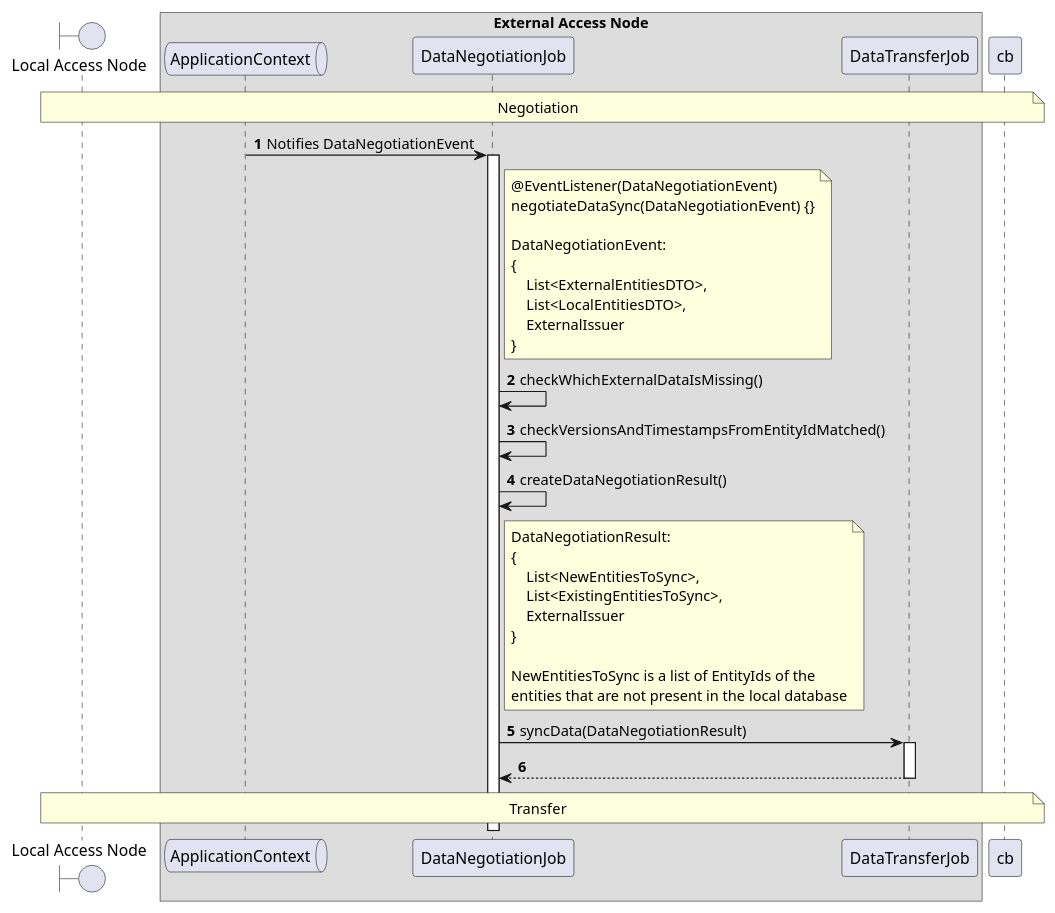
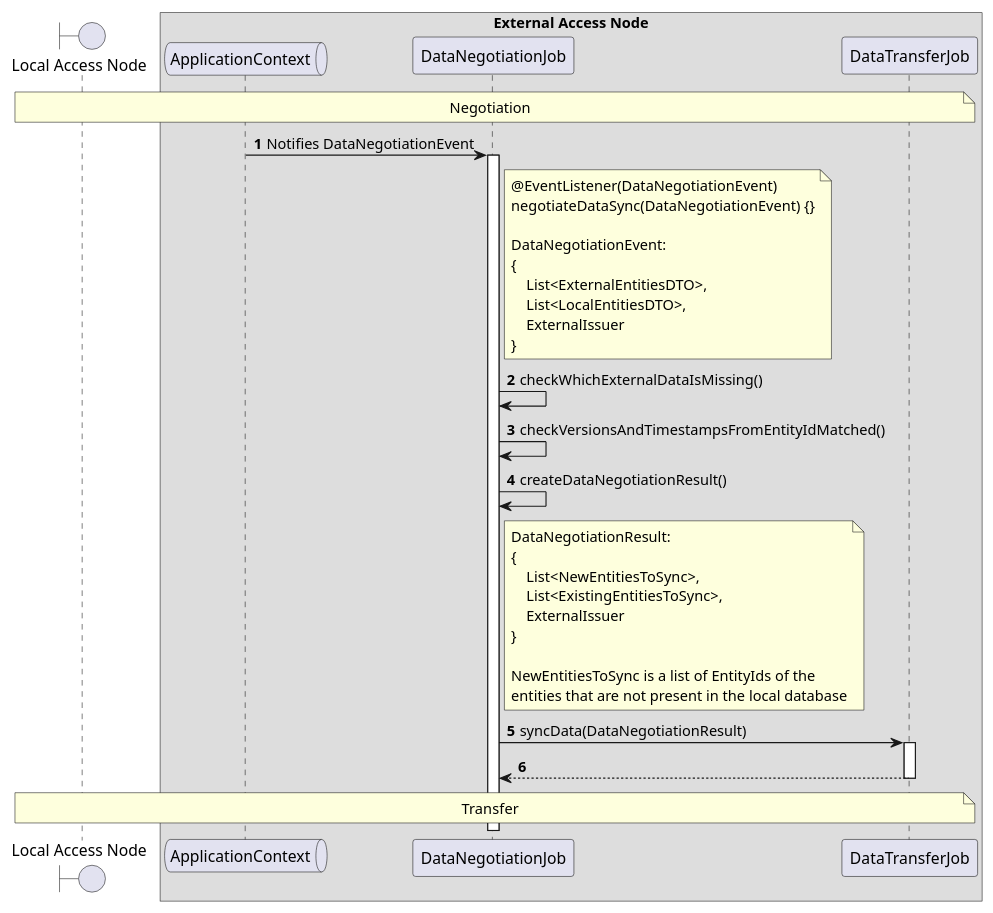
Before and after one commit to in2workspace/in2-guides: the diagram in desmos-tech-doc/diagrams/use-case-data-synchronization-3-external_negotiation_2.puml, drawn with PlantUML. The commit also changed 4 other files, not shown here.

```diff
--- a/desmos-tech-doc/diagrams/use-case-data-synchronization-3-external_negotiation_2.puml
+++ b/desmos-tech-doc/diagrams/use-case-data-synchronization-3-external_negotiation_2.puml
@@ -1,62 +1,62 @@
 @startuml
 'https://plantuml.com/sequence-diagram
 
 '---------- Config ----------------
 
 autonumber
 
 '---------- Header ----------------
 
 boundary "Local Access Node" as lan
 
 box "External Access Node"
   queue "ApplicationContext" as ac
   participant "DataNegotiationJob" as dnj
   participant "DataTransferJob" as dtj
 
 
 end box
 
 '---------- Diagram ----------------
 
-note over lan, cb
+note over lan, dtj
     Negotiation
 end note
 
 ac -> dnj++: Notifies DataNegotiationEvent
 
 note right of dnj
     @EventListener(DataNegotiationEvent)
     negotiateDataSync(DataNegotiationEvent) {}
 
     DataNegotiationEvent:
     {
         List<ExternalEntitiesDTO>,
         List<LocalEntitiesDTO>,
         ExternalIssuer
     }
 end note
 
 dnj -> dnj: checkWhichExternalDataIsMissing()
 dnj -> dnj: checkVersionsAndTimestampsFromEntityIdMatched()
 dnj -> dnj: createDataNegotiationResult()
 note right of dnj
     DataNegotiationResult:
     {
         List<NewEntitiesToSync>,
         List<ExistingEntitiesToSync>,
         ExternalIssuer
     }
 
     NewEntitiesToSync is a list of EntityIds of the
     entities that are not present in the local database
 end note
 
 dnj -> dtj++: syncData(DataNegotiationResult)
 return
 
-note over lan, cb
+note over lan, dtj
     Transfer
 end note
 
 @enduml
```
